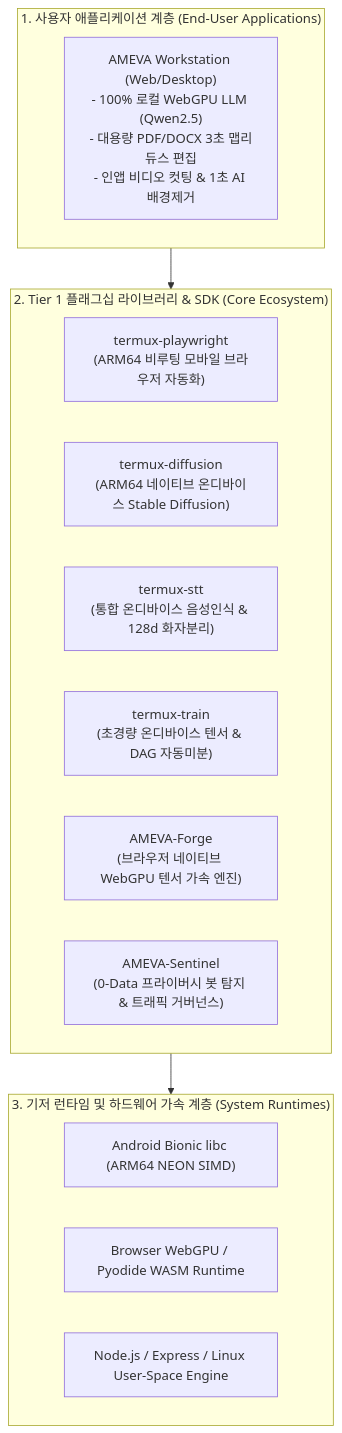
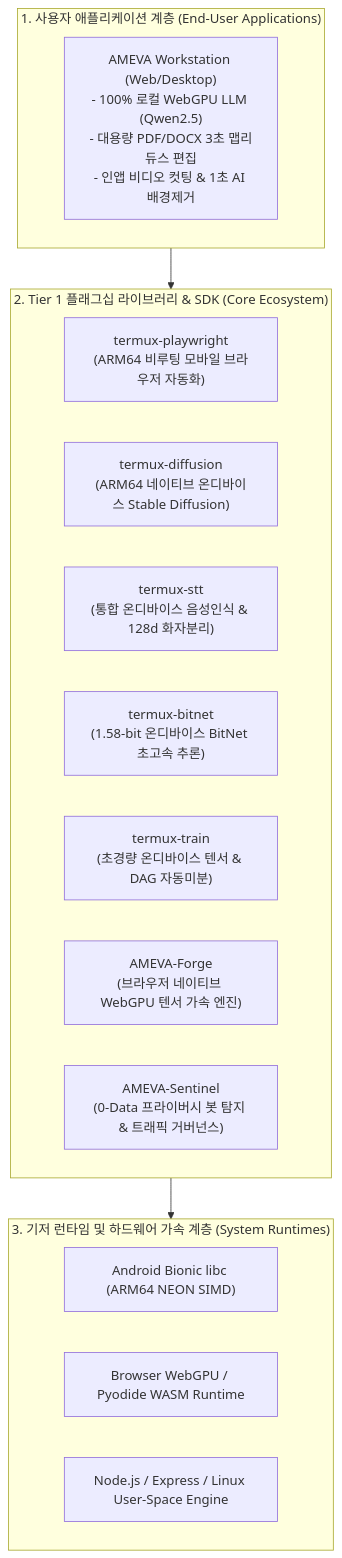
Before and after one commit to uno-km/uno-km: the diagram in README.md, drawn with Mermaid. The commit also changed other lines of this file and 134 other files, not shown here.

````diff
--- a/README.md
+++ b/README.md
@@ -80,24 +80,25 @@
 ```mermaid
 flowchart TD
     subgraph AppLayer ["1. 사용자 애플리케이션 계층 (End-User Applications)"]
         Workstation["AMEVA Workstation (Web/Desktop)<br/>- 100% 로컬 WebGPU LLM (Qwen2.5)<br/>- 대용량 PDF/DOCX 3초 맵리듀스 편집<br/>- 인앱 비디오 컷팅 & 1초 AI 배경제거"]
     end
 
     subgraph CoreLibs ["2. Tier 1 플래그십 라이브러리 & SDK (Core Ecosystem)"]
         Playwright["termux-playwright<br/>(ARM64 비루팅 모바일 브라우저 자동화)"]
         Diffusion["termux-diffusion<br/>(ARM64 네이티브 온디바이스 Stable Diffusion)"]
         STT["termux-stt<br/>(통합 온디바이스 음성인식 & 128d 화자분리)"]
+        BitNet["termux-bitnet<br/>(1.58-bit 온디바이스 BitNet 초고속 추론)"]
         Train["termux-train<br/>(초경량 온디바이스 텐서 & DAG 자동미분)"]
         Forge["AMEVA-Forge<br/>(브라우저 네이티브 WebGPU 텐서 가속 엔진)"]
         Sentinel["AMEVA-Sentinel<br/>(0-Data 프라이버시 봇 탐지 & 트래픽 거버넌스)"]
     end
 
     subgraph RuntimeLayer ["3. 기저 런타임 및 하드웨어 가속 계층 (System Runtimes)"]
         AndroidBionic["Android Bionic libc (ARM64 NEON SIMD)"]
         WebGPU_WASM["Browser WebGPU / Pyodide WASM Runtime"]
         NodeLinux["Node.js / Express / Linux User-Space Engine"]
     end
 
     AppLayer --> CoreLibs
     CoreLibs --> RuntimeLayer
 ```
````
